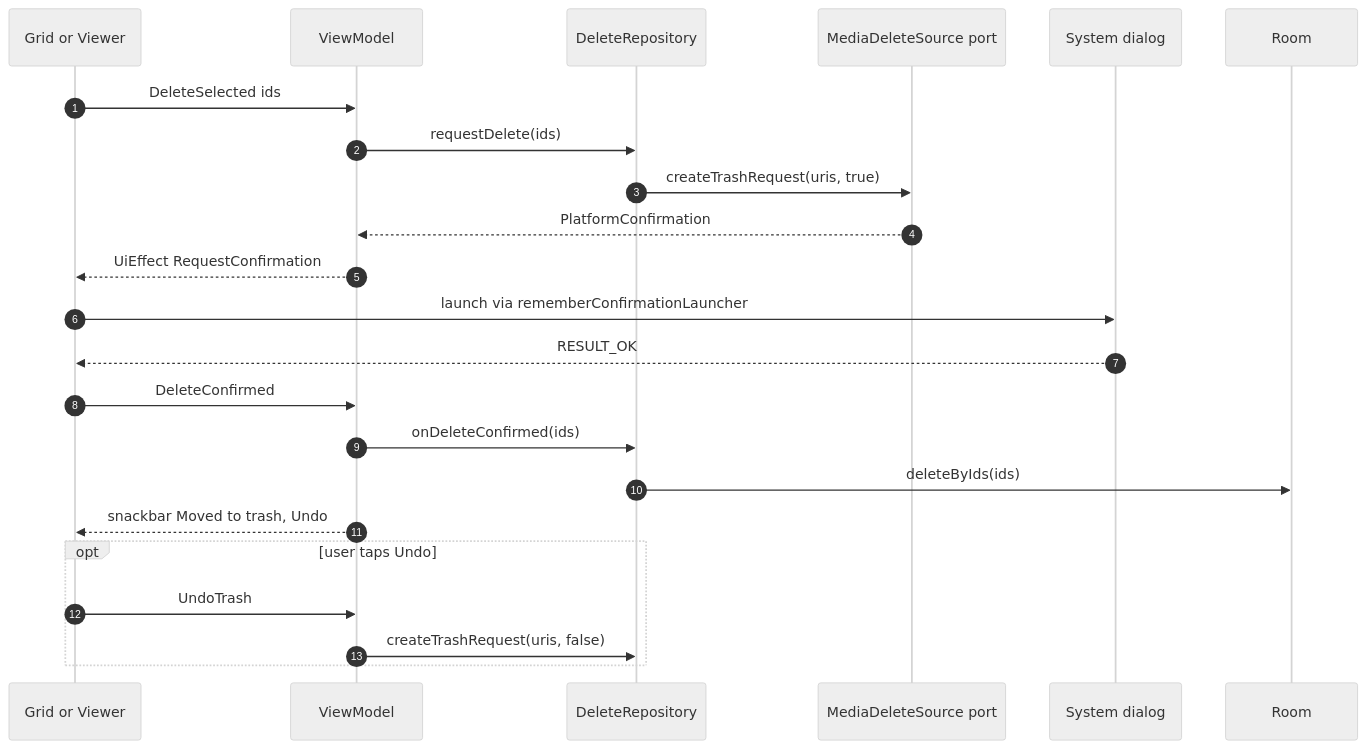
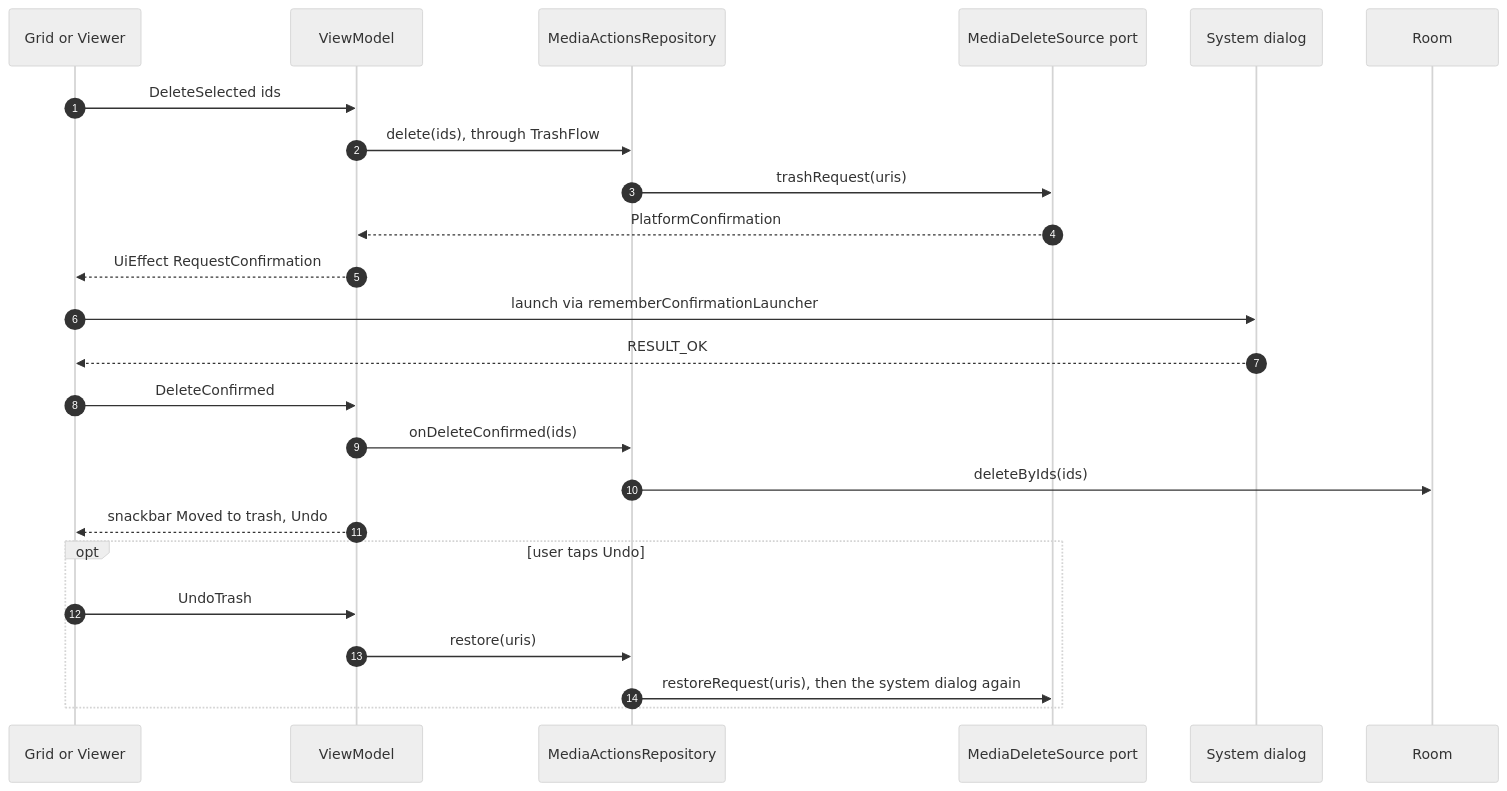
One commit to drehtuer/NextGalleryApp changed the eighth of 12 diagrams in docs/ARCHITECTURE.md. Above: the diagram before and after it, drawn with Mermaid (neutral theme). The commit also changed other lines of this file and 75 other files, not shown here.

````diff
--- a/docs/ARCHITECTURE.md
+++ b/docs/ARCHITECTURE.md
@@ -620,26 +625,27 @@
 ```mermaid
 sequenceDiagram
     autonumber
     participant UI as Grid or Viewer
     participant VM as ViewModel
-    participant D as DeleteRepository
+    participant D as MediaActionsRepository
     participant MD as MediaDeleteSource port
     participant Sys as System dialog
     participant DB as Room
 
     UI->>VM: DeleteSelected ids
-    VM->>D: requestDelete(ids)
-    D->>MD: createTrashRequest(uris, true)
+    VM->>D: delete(ids), through TrashFlow
+    D->>MD: trashRequest(uris)
     MD-->>VM: PlatformConfirmation
     VM-->>UI: UiEffect RequestConfirmation
     UI->>Sys: launch via rememberConfirmationLauncher
     Sys-->>UI: RESULT_OK
     UI->>VM: DeleteConfirmed
     VM->>D: onDeleteConfirmed(ids)
     D->>DB: deleteByIds(ids)
     VM-->>UI: snackbar Moved to trash, Undo
     opt user taps Undo
         UI->>VM: UndoTrash
-        VM->>D: createTrashRequest(uris, false)
+        VM->>D: restore(uris)
+        D->>MD: restoreRequest(uris), then the system dialog again
     end
 ```
````
